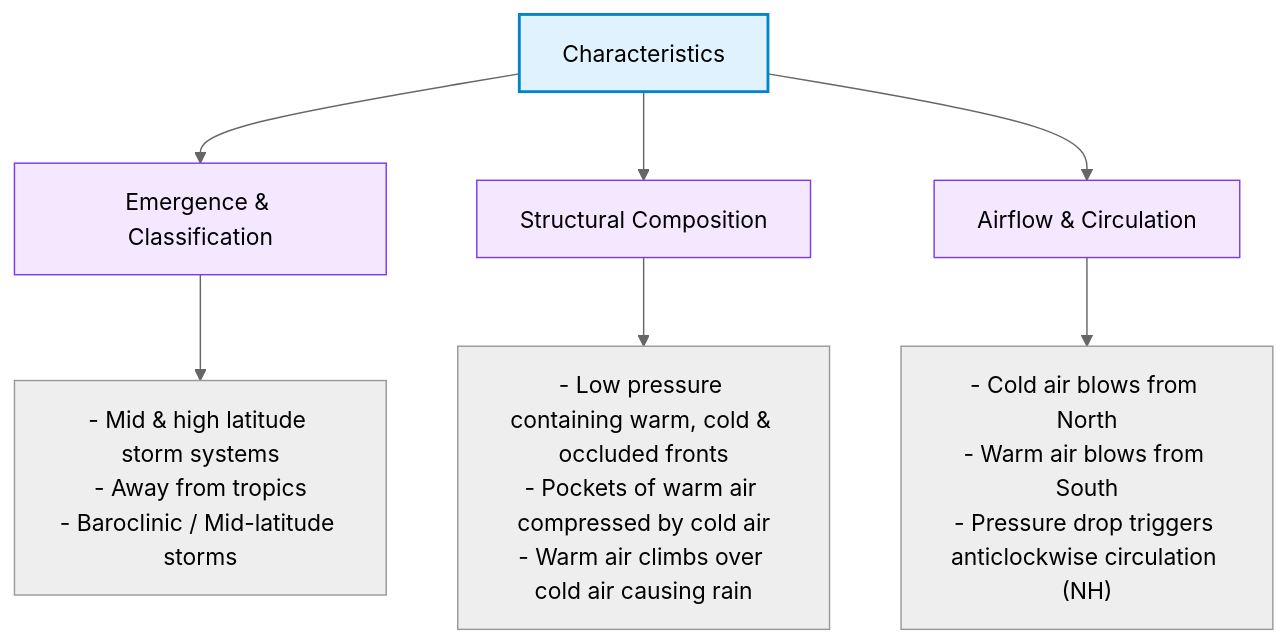
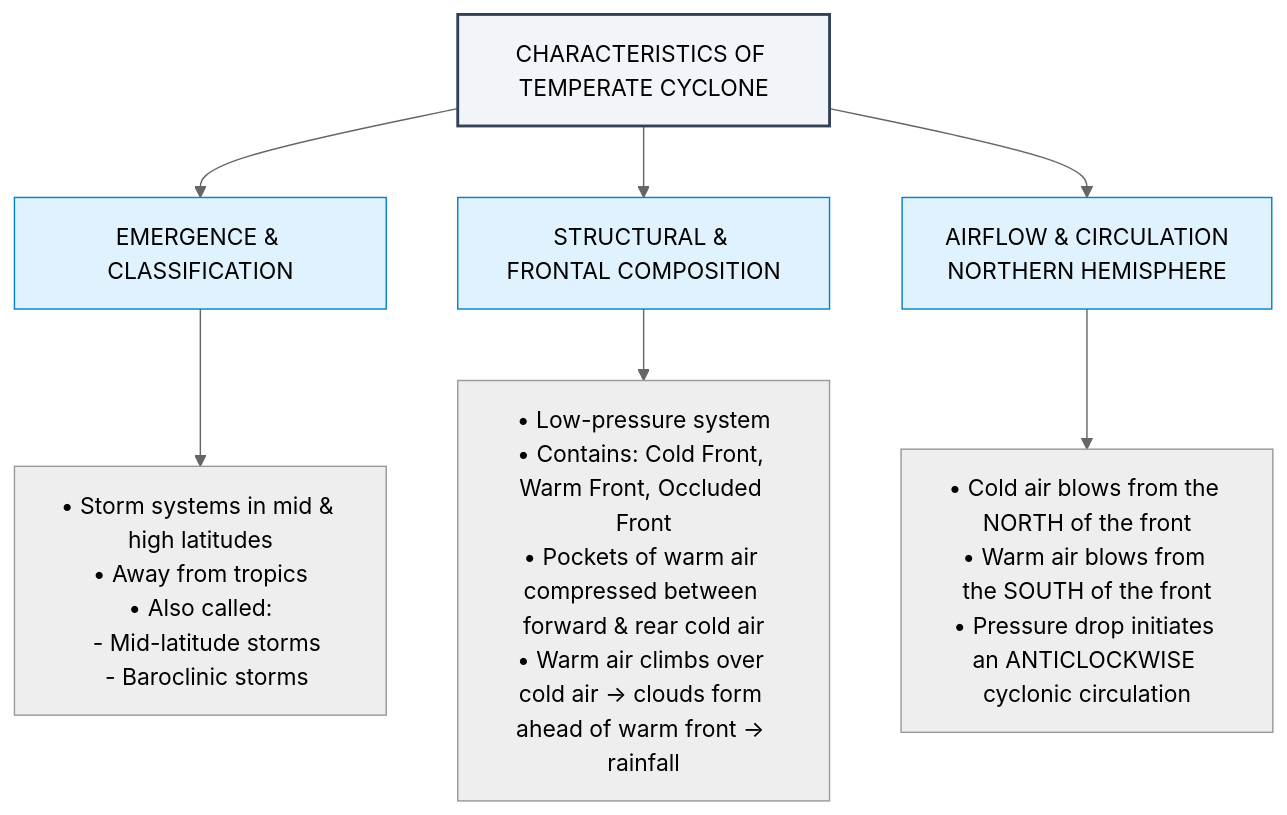
Before and after one commit to ayushhacksethically-code/TERRALUXwiki: the second of 6 diagrams in content/climatology/Temperate Cyclone.md, drawn with Mermaid (neutral theme). The commit also changed other lines of this file, not shown here.

Commit message:
Make Temperate Cyclone Mermaid flowcharts completely match ASCII content word-for-word

```diff
--- a/content/climatology/Temperate Cyclone.md
+++ b/content/climatology/Temperate Cyclone.md
@@ -31,17 +39,18 @@
     <div class="mermaid">
     flowchart TD
-        A[Characteristics] --> B[Emergence & Classification]
-        A --> C[Structural Composition]
-        A --> D[Airflow & Circulation]
+        Title[CHARACTERISTICS OF TEMPERATE CYCLONE]
+        Title --> EC[EMERGENCE & CLASSIFICATION]
+        Title --> FC[STRUCTURAL & FRONTAL COMPOSITION]
+        Title --> AC[AIRFLOW & CIRCULATION<br>NORTHERN HEMISPHERE]
 
-        B --> B1["- Mid & high latitude storm systems<br>- Away from tropics<br>- Baroclinic / Mid-latitude storms"]
+        EC --> EC_Bullets["• Storm systems in mid & high latitudes<br>• Away from tropics<br>• Also called:<br>  - Mid-latitude storms<br>  - Baroclinic storms"]
         
-        C --> C1["- Low pressure containing warm, cold & occluded fronts<br>- Pockets of warm air compressed by cold air<br>- Warm air climbs over cold air causing rain"]
-        
-        D --> D1["- Cold air blows from North<br>- Warm air blows from South<br>- Pressure drop triggers anticlockwise circulation (NH)"]
+        FC --> FC_Bullets["• Low-pressure system<br>• Contains: Cold Front, Warm Front, Occluded Front<br>• Pockets of warm air compressed between forward & rear cold air<br>• Warm air climbs over cold air → clouds form ahead of warm front → rainfall"]
 
-        style A fill:#e0f2fe,stroke:#0284c7,stroke-width:2px
-        style B fill:#f3e8ff,stroke:#7c3aed,stroke-width:1px
-        style C fill:#f3e8ff,stroke:#7c3aed,stroke-width:1px
-        style D fill:#f3e8ff,stroke:#7c3aed,stroke-width:1px
+        AC --> AC_Bullets["• Cold air blows from the NORTH of the front<br>• Warm air blows from the SOUTH of the front<br>• Pressure drop initiates an ANTICLOCKWISE cyclonic circulation"]
+
+        style Title fill:#f1f5f9,stroke:#334155,stroke-width:2px
+        style EC fill:#e0f2fe,stroke:#0284c7,stroke-width:1px
+        style FC fill:#e0f2fe,stroke:#0284c7,stroke-width:1px
+        style AC fill:#e0f2fe,stroke:#0284c7,stroke-width:1px
     </div>
```
